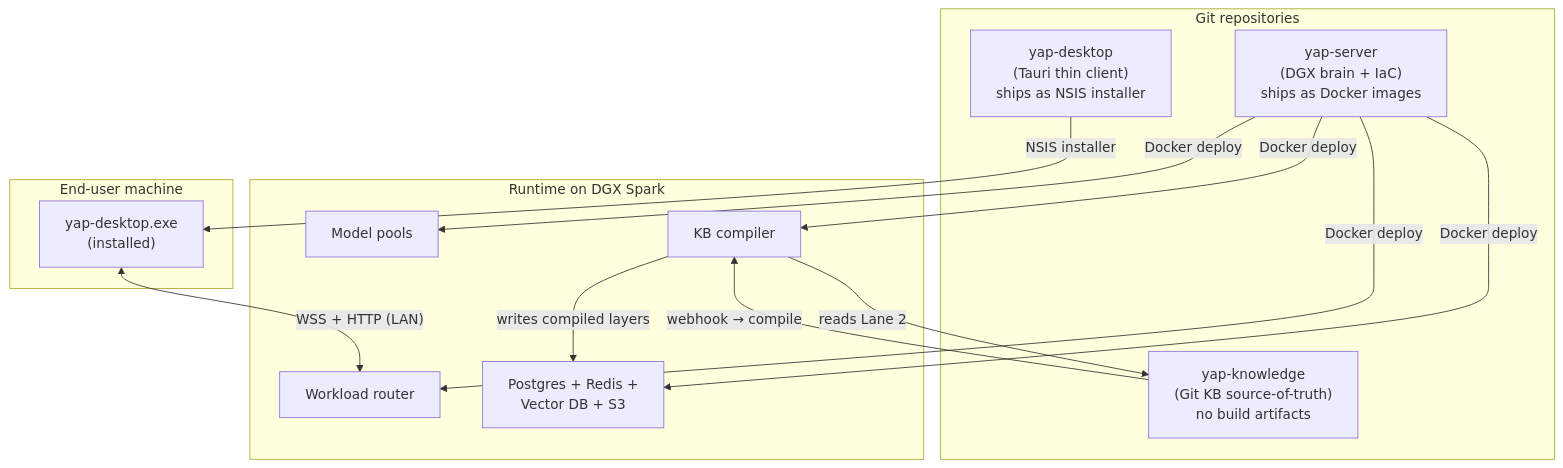
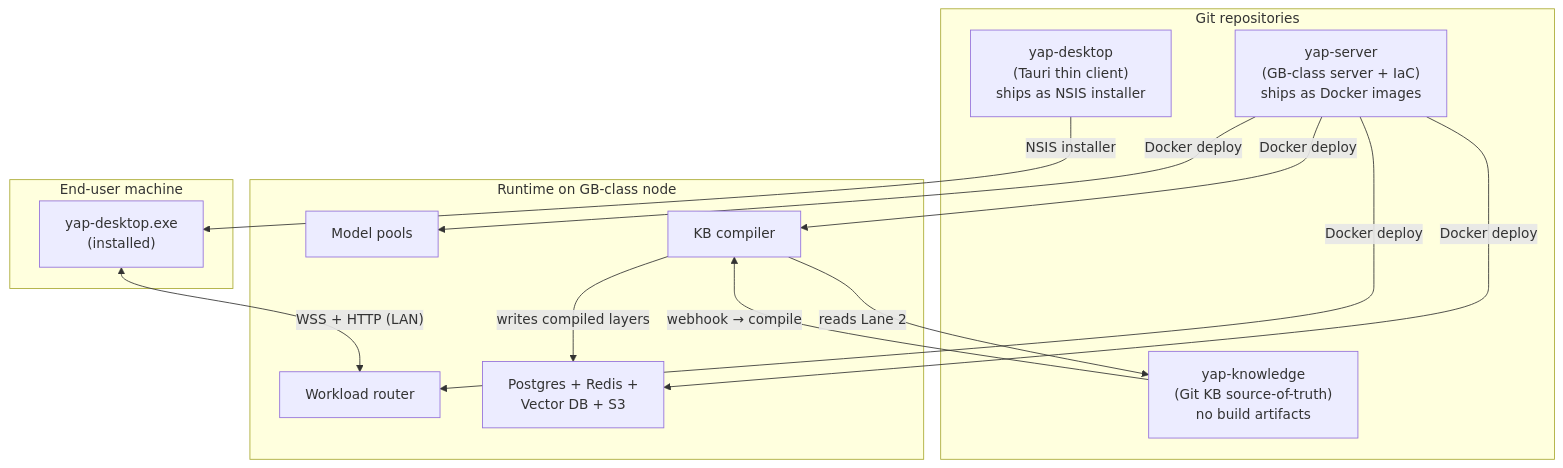
The diagram in docs/adr/0018-three-repo-topology.md (mcnatg1/yap), drawn with Mermaid before and after one commit. The commit also changed other lines of this file and 84 other files, not shown here.

````diff
--- a/docs/adr/0018-three-repo-topology.md
+++ b/docs/adr/0018-three-repo-topology.md
@@ -65,26 +77,26 @@
 ```mermaid
 flowchart TB
     subgraph Repos["Git repositories"]
         Desktop["yap-desktop\n(Tauri thin client)\nships as NSIS installer"]
-        Server["yap-server\n(DGX brain + IaC)\nships as Docker images"]
+        Server["yap-server\n(GB-class server + IaC)\nships as Docker images"]
         KB["yap-knowledge\n(Git KB source-of-truth)\nno build artifacts"]
     end
 
-    subgraph Runtime["Runtime on DGX Spark"]
+    subgraph Runtime["Runtime on GB-class node"]
         Router["Workload router"]
         Pools["Model pools"]
         Compiler["KB compiler"]
         Storage["Postgres + Redis +\nVector DB + S3"]
     end
 
     subgraph Client["End-user machine"]
         App["yap-desktop.exe\n(installed)"]
     end
 
     Desktop -->|"NSIS installer"| App
     Server -->|"Docker deploy"| Router & Pools & Compiler & Storage
     KB -->|"webhook → compile"| Compiler
     App <-->|"WSS + HTTP (LAN)"| Router
     Compiler -->|"reads Lane 2"| KB
     Compiler -->|"writes compiled layers"| Storage
 ```
````
